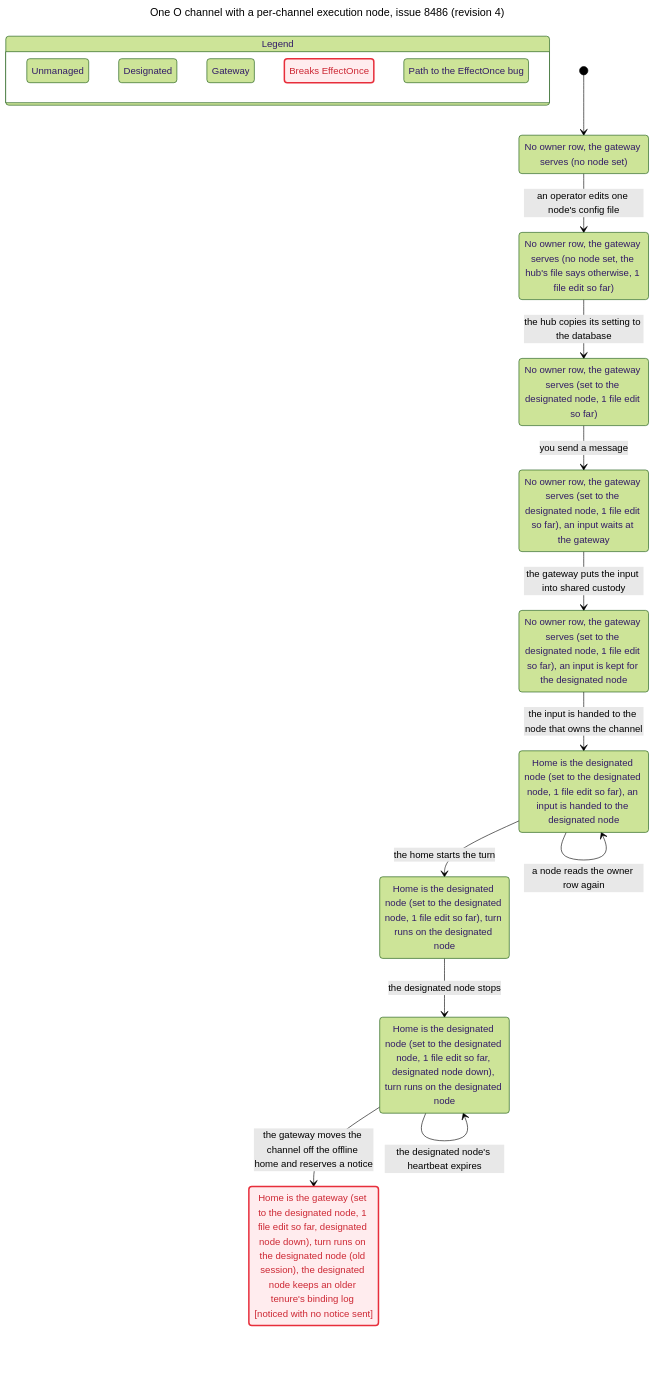
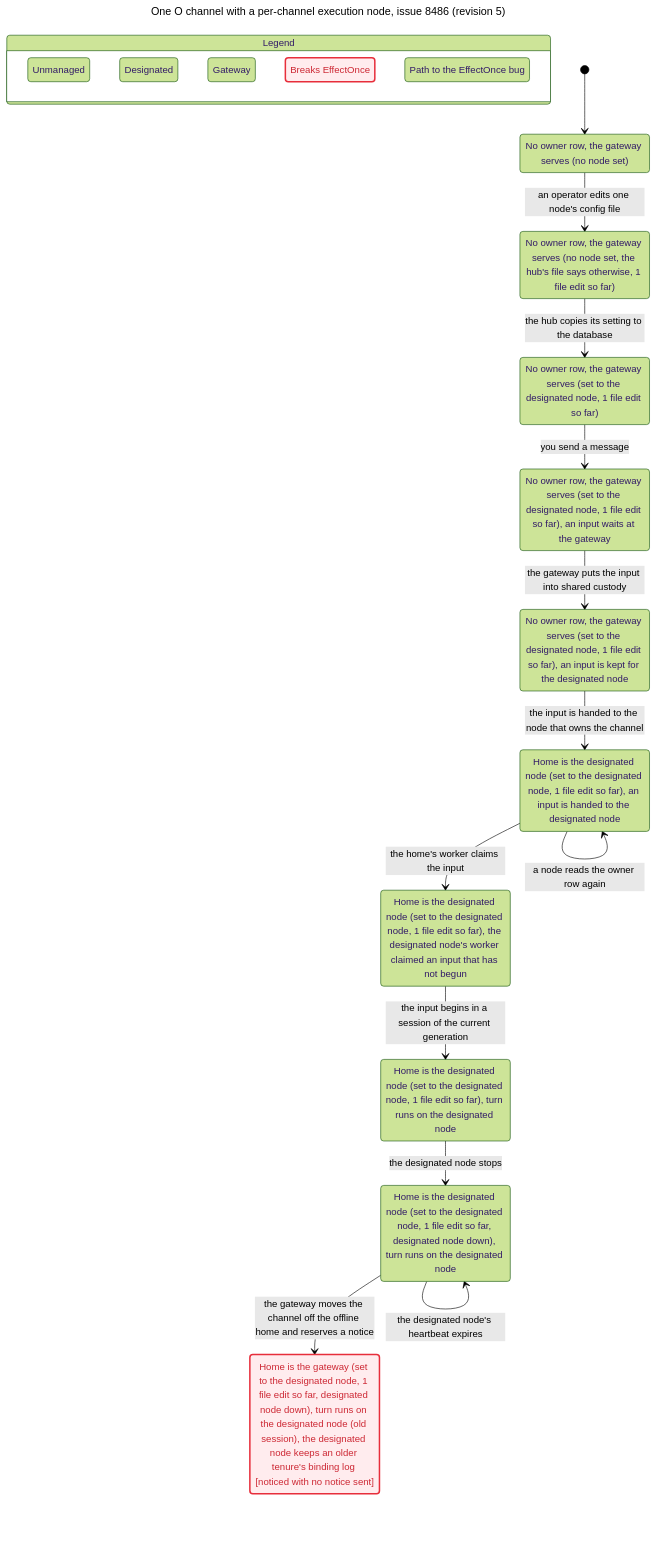
Before and after one commit to itismyfield/AgentDesk: the diagram in docs/statecharts/gateway-lease/channel-home-nodelivery.chart.mmd, drawn with Mermaid (forest theme). The commit also changed 64 other files, not shown here.

```diff
--- a/docs/statecharts/gateway-lease/channel-home-nodelivery.chart.mmd
+++ b/docs/statecharts/gateway-lease/channel-home-nodelivery.chart.mmd
@@ -1,56 +1,60 @@
 ---
-title: "One O channel with a per-channel execution node, issue 8486 (revision 4)"
+title: "One O channel with a per-channel execution node, issue 8486 (revision 5)"
 ---
 stateDiagram-v2
   state "Legend" as legend {
     lg0: Unmanaged
     lg1: Designated
     lg2: Gateway
     lg3: Breaks EffectOnce
     lg4: Path to the EffectOnce bug
   }
   class lg0 tan
   class lg1 teal
   class lg2 blue
   class lg3 breaks
   class lg4 bugPath
   s0: No owner row, the gateway serves (no node set)
   s1: No owner row, the gateway serves (no node set, the hub's file says otherwise, 1 file edit so far)
   s2: No owner row, the gateway serves (set to the designated node, 1 file edit so far)
   s3: No owner row, the gateway serves (set to the designated node, 1 file edit so far), an input waits at the gateway
   s4: No owner row, the gateway serves (set to the designated node, 1 file edit so far), an input is kept for the designated node
   s5: Home is the designated node (set to the designated node, 1 file edit so far), an input is handed to the designated node
-  s6: Home is the designated node (set to the designated node, 1 file edit so far), turn runs on the designated node
-  s7: Home is the designated node (set to the designated node, 1 file edit so far, designated node down), turn runs on the designated node
-  s8: Home is the gateway (set to the designated node, 1 file edit so far, designated node down), turn runs on the designated node (old session), the designated node keeps an older tenure's binding log [noticed with no notice sent]
+  s6: Home is the designated node (set to the designated node, 1 file edit so far), the designated node's worker claimed an input that has not begun
+  s7: Home is the designated node (set to the designated node, 1 file edit so far), turn runs on the designated node
+  s8: Home is the designated node (set to the designated node, 1 file edit so far, designated node down), turn runs on the designated node
+  s9: Home is the gateway (set to the designated node, 1 file edit so far, designated node down), turn runs on the designated node (old session), the designated node keeps an older tenure's binding log [noticed with no notice sent]
   [*] --> s0
   s0 --> s1: an operator edits one node's config file
   s1 --> s2: the hub copies its setting to the database
   s2 --> s3: you send a message
   s3 --> s4: the gateway puts the input into shared custody
   s4 --> s5: the input is handed to the node that owns the channel
   s5 --> s5: a node reads the owner row again
-  s5 --> s6: the home starts the turn
-  s6 --> s7: the designated node stops
-  s7 --> s7: the designated node's heartbeat expires
-  s7 --> s8: the gateway moves the channel off the offline home and reserves a notice
+  s5 --> s6: the home's worker claims the input
+  s6 --> s7: the input begins in a session of the current generation
+  s7 --> s8: the designated node stops
+  s8 --> s8: the designated node's heartbeat expires
+  s8 --> s9: the gateway moves the channel off the offline home and reserves a notice
   classDef breaks fill:#ffecee,stroke:#e72e3b,stroke-width:2.5px,color:#cd2834
   class s0 tan
   class s0 bugPath
   class s1 tan
   class s1 bugPath
   class s2 tan
   class s2 bugPath
   class s3 tan
   class s3 bugPath
   class s4 tan
   class s4 bugPath
   class s5 teal
   class s5 bugPath
   class s6 teal
   class s6 bugPath
   class s7 teal
   class s7 bugPath
-  class s8 blue
-  class s8 breaks
+  class s8 teal
   class s8 bugPath
+  class s9 blue
+  class s9 breaks
+  class s9 bugPath
```
